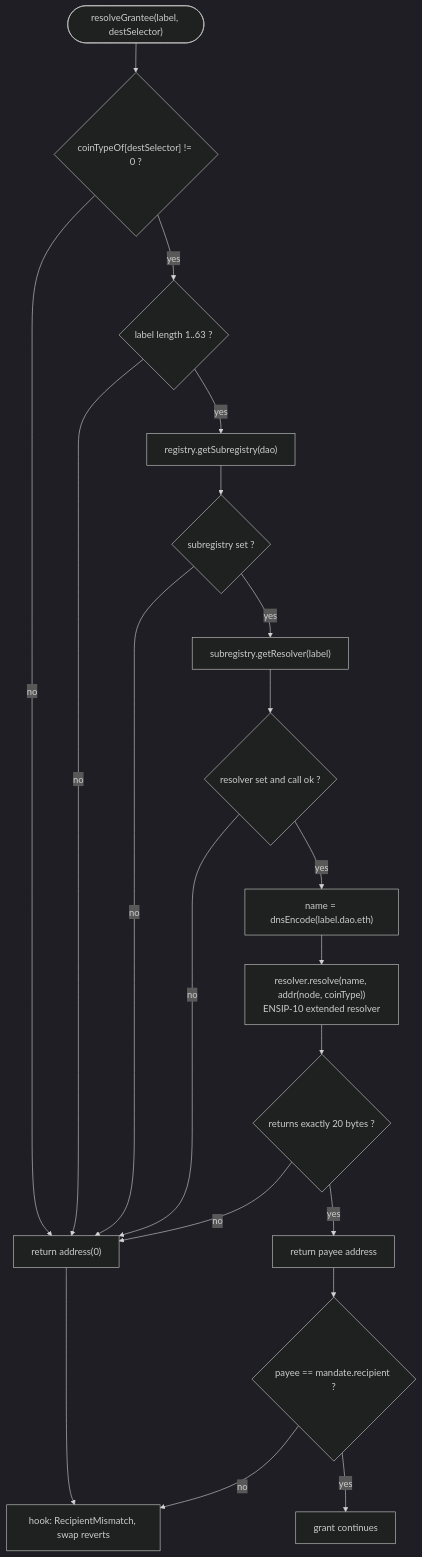
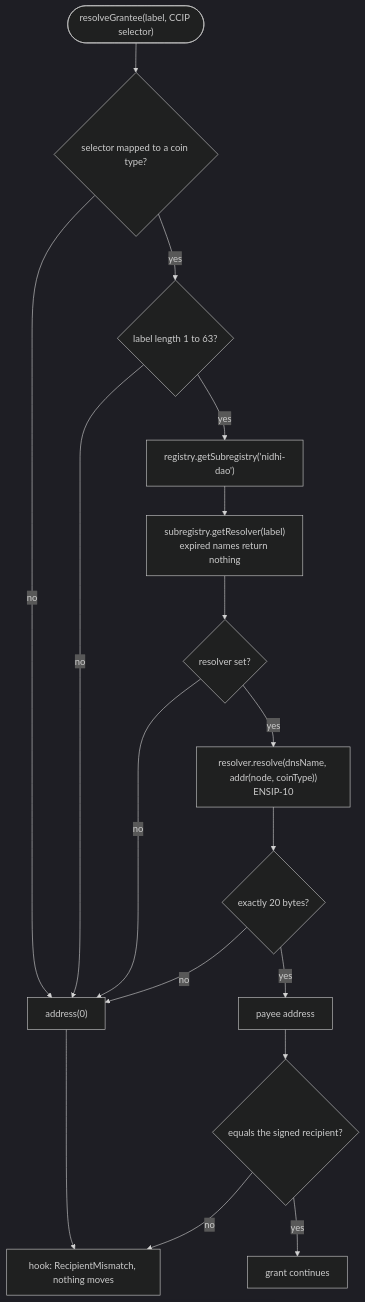
The third of 6 diagrams in docs/architecture/01-ens.md (neevmodh/nidhi), drawn with Mermaid (dark theme) before and after one commit. The commit also changed other lines of this file and 5 other files, not shown here.

````diff
--- a/docs/architecture/01-ens.md
+++ b/docs/architecture/01-ens.md
@@ -88,22 +106,19 @@
 ```mermaid
 flowchart TD
-  S(["resolveGrantee(label, destSelector)"]) --> C{"coinTypeOf[destSelector] != 0 ?"}
-  C -- no --> Z0["return address(0)"]
-  C -- yes --> L{"label length 1..63 ?"}
-  L -- no --> Z0
-  L -- yes --> G1["registry.getSubregistry(dao)"]
-  G1 --> G1C{"subregistry set ?"}
-  G1C -- no --> Z0
-  G1C -- yes --> G2["subregistry.getResolver(label)"]
-  G2 --> G2C{"resolver set and call ok ?"}
-  G2C -- no --> Z0
-  G2C -- yes --> N["name = dnsEncode(label.dao.eth)"]
-  N --> RES["resolver.resolve(name, addr(node, coinType))\nENSIP-10 extended resolver"]
-  RES --> V{"returns exactly 20 bytes ?"}
-  V -- no --> Z0
-  V -- yes --> OUT["return payee address"]
-  Z0 --> FAIL["hook: RecipientMismatch, swap reverts"]
-  OUT --> CMP{"payee == mandate.recipient ?"}
-  CMP -- no --> FAIL
-  CMP -- yes --> OK["grant continues"]
+  S(["resolveGrantee(label, CCIP selector)"]) --> C{"selector mapped to a coin type?"}
+  C -- no --> Z["address(0)"]
+  C -- yes --> L{"label length 1 to 63?"}
+  L -- no --> Z
+  L -- yes --> G1["registry.getSubregistry('nidhi-dao')"]
+  G1 --> G2["subregistry.getResolver(label)<br/>expired names return nothing"]
+  G2 --> G3{"resolver set?"}
+  G3 -- no --> Z
+  G3 -- yes --> R["resolver.resolve(dnsName, addr(node, coinType))<br/>ENSIP-10"]
+  R --> V{"exactly 20 bytes?"}
+  V -- no --> Z
+  V -- yes --> OK["payee address"]
+  Z --> F["hook: RecipientMismatch, nothing moves"]
+  OK --> M{"equals the signed recipient?"}
+  M -- no --> F
+  M -- yes --> P["grant continues"]
 ```
````
